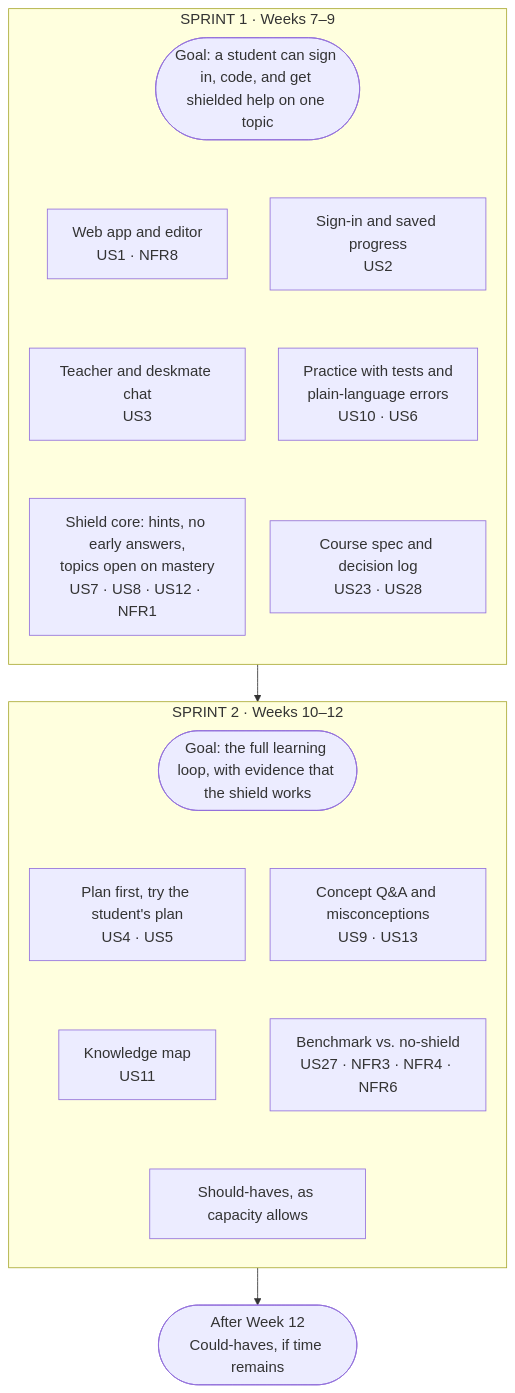
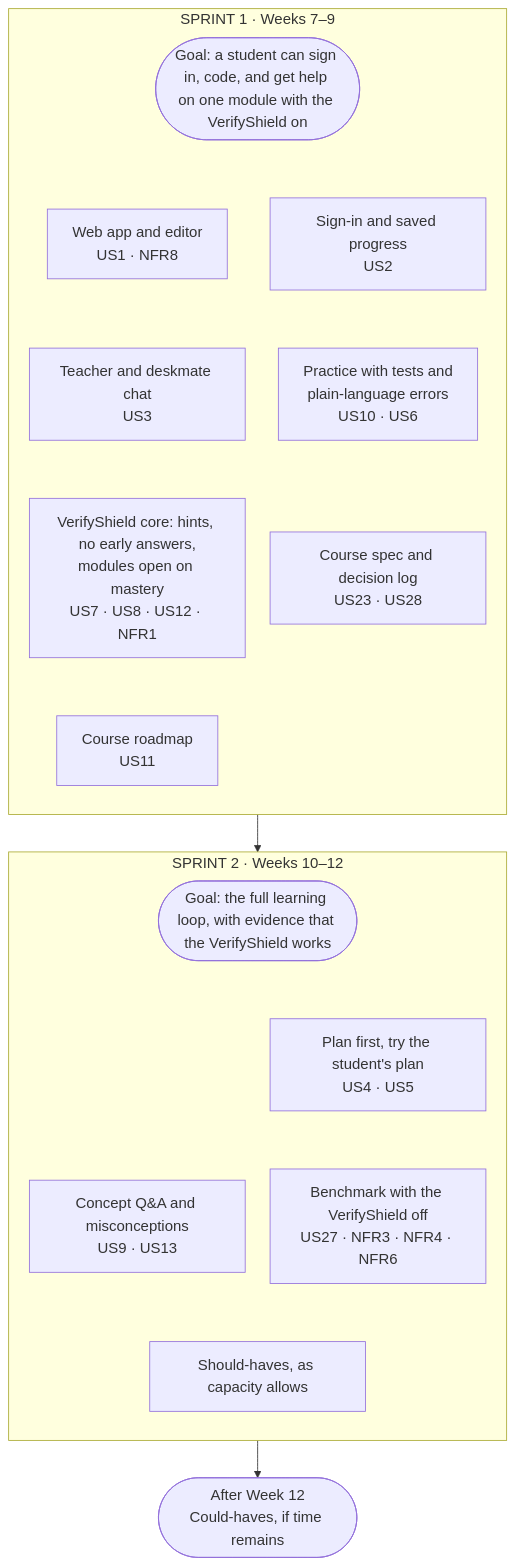
One commit to Bill2926/COS40005_HN9_Verifiable_Co-Learner_Agent changed the diagram in product_dev/product_backlog.md. Above: the diagram before and after it, drawn with Mermaid. The commit also changed other lines of this file and 54 other files, not shown here.

````diff
--- a/product_dev/product_backlog.md
+++ b/product_dev/product_backlog.md
@@ -130,38 +130,38 @@
 ```mermaid
 %%{init: {"themeVariables": {"fontSize": "18px"}, "flowchart": {"rankSpacing": 45, "nodeSpacing": 30}}}%%
 flowchart TB
     subgraph S1["SPRINT 1 · Weeks 7–9"]
         direction TB
-        G1(["Goal: a student can sign in, code, and get shielded help on one topic"])
+        G1(["Goal: a student can sign in, code, and get help on one module with the VerifyShield on"])
         A1["Web app and editor<br/>US1 · NFR8"]
         A2["Sign-in and saved progress<br/>US2"]
         A3["Teacher and deskmate chat<br/>US3"]
         A4["Practice with tests and<br/>plain-language errors<br/>US10 · US6"]
-        A5["Shield core: hints, no early answers,<br/>topics open on mastery<br/>US7 · US8 · US12 · NFR1"]
+        A5["VerifyShield core: hints, no early answers,<br/>modules open on mastery<br/>US7 · US8 · US12 · NFR1"]
         A6["Course spec and decision log<br/>US23 · US28"]
+        A7["Course roadmap<br/>US11"]
         G1 ~~~ A1
         G1 ~~~ A2
         A1 ~~~ A3 ~~~ A5
         A2 ~~~ A4 ~~~ A6
+        A5 ~~~ A7
     end
 
     subgraph S2["SPRINT 2 · Weeks 10–12"]
         direction TB
-        G2(["Goal: the full learning loop, with evidence that the shield works"])
+        G2(["Goal: the full learning loop, with evidence that the VerifyShield works"])
         B1["Plan first, try the student's plan<br/>US4 · US5"]
         B2["Concept Q&A and misconceptions<br/>US9 · US13"]
-        B3["Knowledge map<br/>US11"]
-        B4["Benchmark vs. no-shield<br/>US27 · NFR3 · NFR4 · NFR6"]
-        B5["Should-haves, as capacity allows"]
+        B3["Benchmark with the VerifyShield off<br/>US27 · NFR3 · NFR4 · NFR6"]
+        B4["Should-haves, as capacity allows"]
         G2 ~~~ B1
         G2 ~~~ B2
         B1 ~~~ B3
         B2 ~~~ B4
-        B3 ~~~ B5
-        B4 ~~~ B5
+        B3 ~~~ B4
     end
 
     L(["After Week 12<br/>Could-haves, if time remains"])
 
     S1 --> S2 --> L
 ```
````
